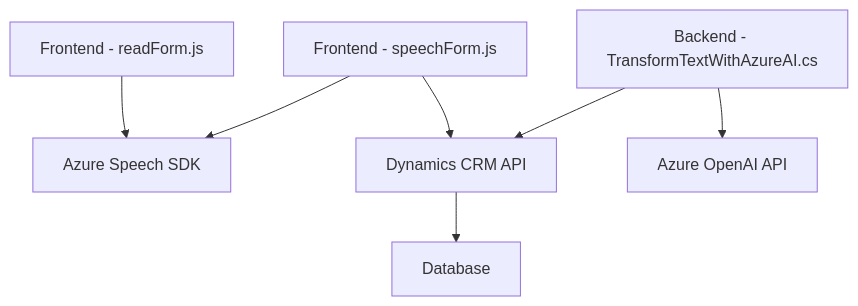
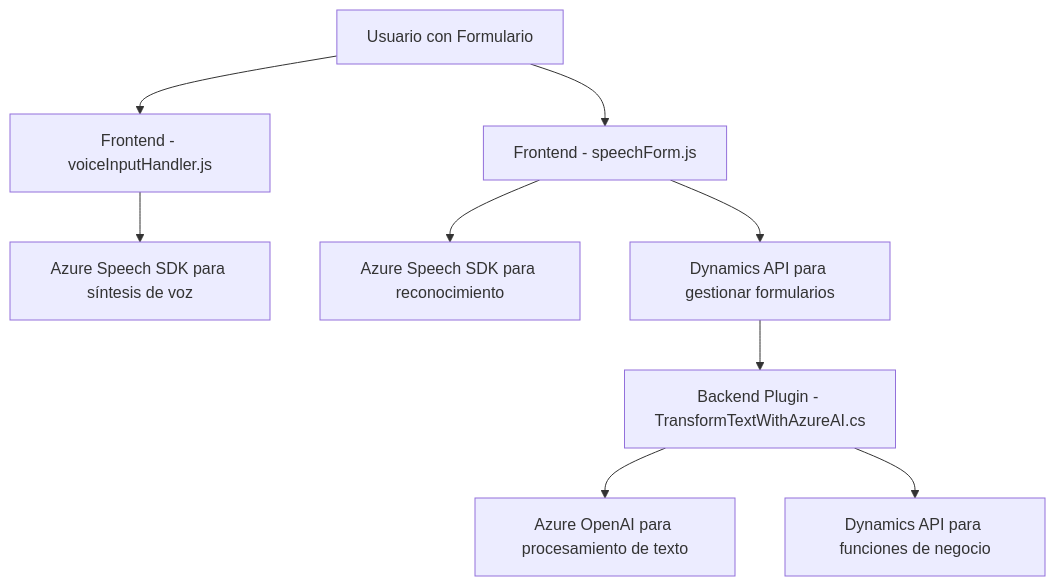
The diagram in README.md (blopezdm/NETCORE_BILBAO2025), drawn with Mermaid before and after one commit. The commit also changed other lines of this file, not shown here.

Commit message:
Actualizar análisis global de la solución con IA

````diff
--- a/README.md
+++ b/README.md
@@ -52,16 +54,11 @@
 ```mermaid
 graph TD
-  A["Frontend - readForm.js"]
-  B["Frontend - speechForm.js"]
-  C["Backend - TransformTextWithAzureAI.cs"]
-  D["Azure Speech SDK"]
-  E["Dynamics CRM API"]
-  F["Azure OpenAI API"]
-
-  A --> D
-  B --> D
-  B --> E
-  C --> E
-  C --> F
-  E --> G["Database"]
+    A["Usuario con Formulario"] --> B["Frontend - voiceInputHandler.js"]
+    A --> C["Frontend - speechForm.js"]
+    B --> D["Azure Speech SDK para síntesis de voz"]
+    C --> E["Azure Speech SDK para reconocimiento"]
+    C --> F["Dynamics API para gestionar formularios"]
+    F --> G["Backend Plugin - TransformTextWithAzureAI.cs"]
+    G --> H["Azure OpenAI para procesamiento de texto"]
+    G --> I["Dynamics API para funciones de negocio"]
 ```
````
